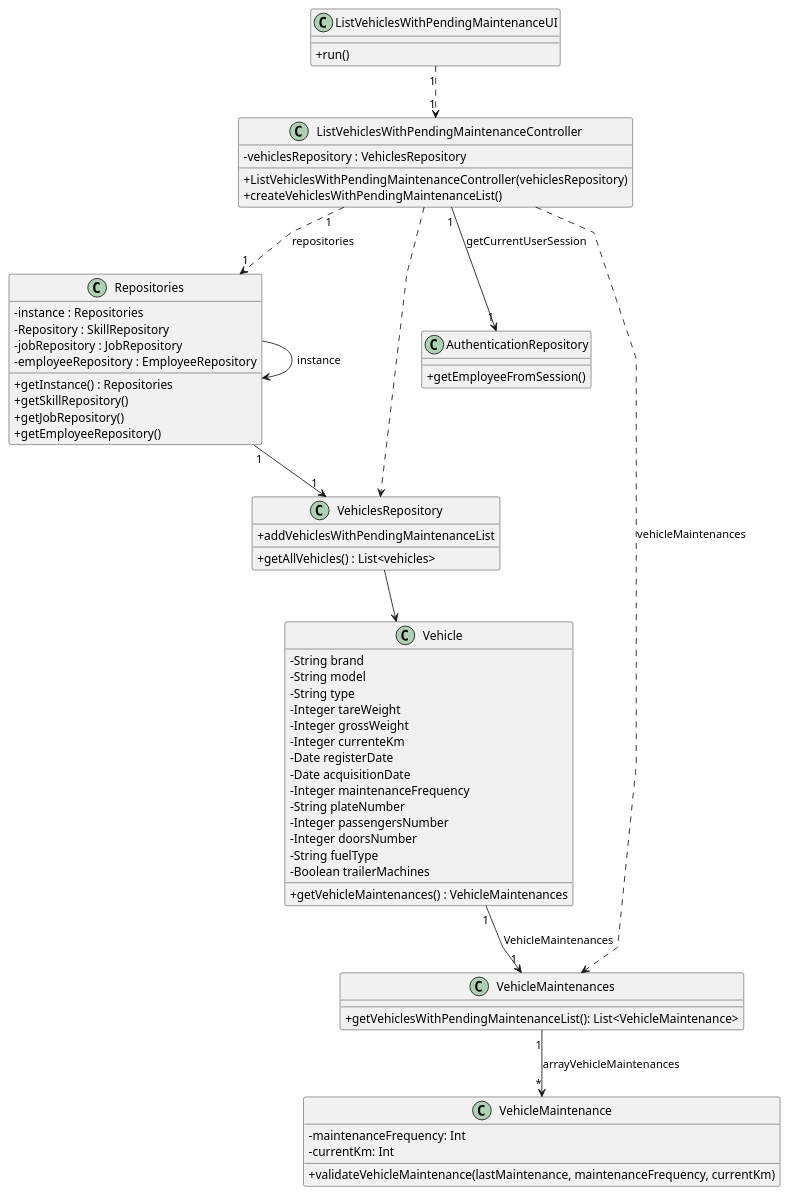
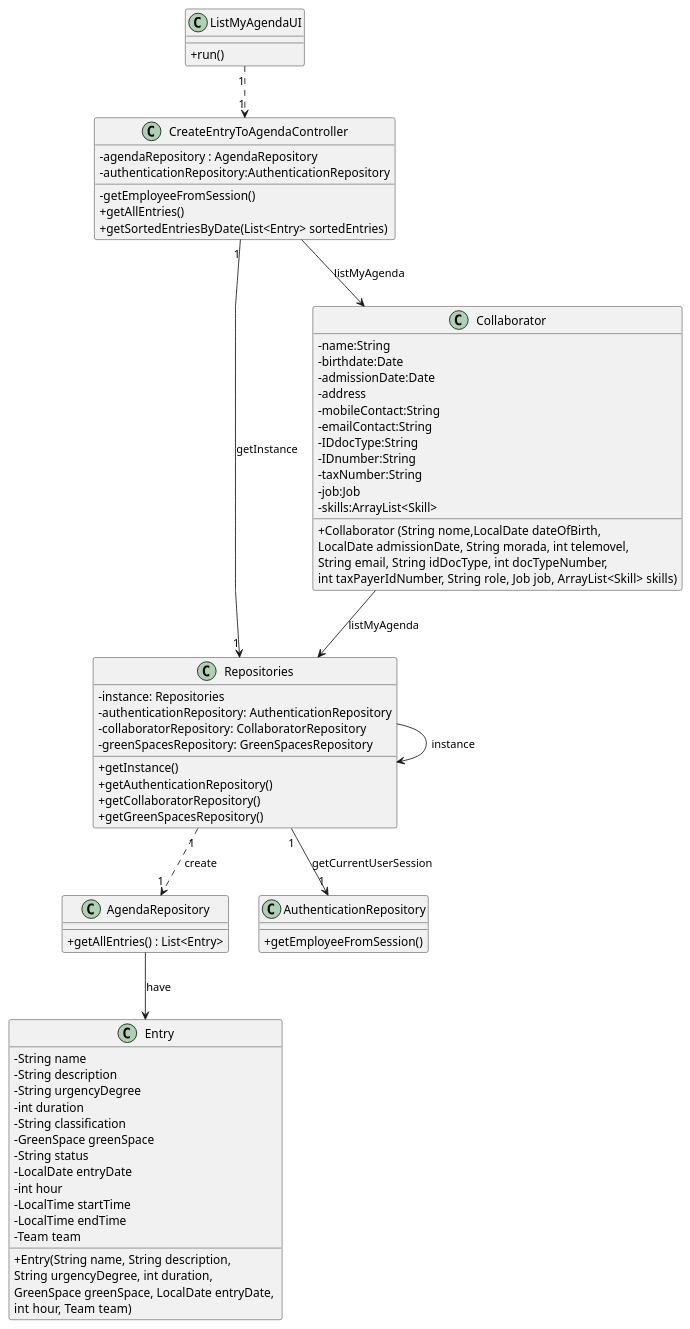
Before and after one commit to Paulo-Pereira-at-ISEP/lei-24-s2-1nanb-g321: the diagram in docs/sprintC/us28/03.design/puml/us28-class-diagram.puml, drawn with PlantUML. The commit also changed 5 other files, not shown here.

```diff
--- a/docs/sprintC/us28/03.design/puml/us28-class-diagram.puml
+++ b/docs/sprintC/us28/03.design/puml/us28-class-diagram.puml
@@ -1,97 +1,92 @@
 @startuml
 'skinparam monochrome true
 skinparam packageStyle rectangle
 skinparam shadowing false
 skinparam linetype polyline
 'skinparam linetype orto
 
 skinparam classAttributeIconSize 0
 
 'left to right direction
 
-class ListVehiclesWithPendingMaintenanceController {
-    -vehiclesRepository : VehiclesRepository
-
-    +ListVehiclesWithPendingMaintenanceController(vehiclesRepository)
-    + createVehiclesWithPendingMaintenanceList()
-
-}
-
-
-class ListVehiclesWithPendingMaintenanceUI {
+class ListMyAgendaUI {
     +run()
 }
 
+class CreateEntryToAgendaController {
+    - agendaRepository : AgendaRepository
+    - authenticationRepository:AuthenticationRepository
+
+    - getEmployeeFromSession()
+    + getAllEntries()
+    + getSortedEntriesByDate(List<Entry> sortedEntries)
+}
+
+class Collaborator{
+    -name:String
+    -birthdate:Date
+    -admissionDate:Date
+    -address
+    -mobileContact:String
+    -emailContact:String
+    -IDdocType:String
+    -IDnumber:String
+    -taxNumber:String
+    -job:Job
+    -skills:ArrayList<Skill>
+
+    +Collaborator (String nome,LocalDate dateOfBirth,\nLocalDate admissionDate, String morada, int telemovel,\nString email, String idDocType, int docTypeNumber,\nint taxPayerIdNumber, String role, Job job, ArrayList<Skill> skills)
+}
 
 class Repositories{
-    - instance : Repositories
-    - Repository : SkillRepository
-    - jobRepository : JobRepository
-    - employeeRepository : EmployeeRepository
+    - instance: Repositories
+    - authenticationRepository: AuthenticationRepository
+    - collaboratorRepository: CollaboratorRepository
+    - greenSpacesRepository: GreenSpacesRepository
 
-
-    + getInstance() : Repositories
-    + getSkillRepository()
-    + getJobRepository()
-    + getEmployeeRepository()
+    + getInstance()
+    + getAuthenticationRepository()
+    + getCollaboratorRepository()
+    + getGreenSpacesRepository()
 }
 
-class VehiclesRepository{
-    +getAllVehicles() : List<vehicles>
-    +addVehiclesWithPendingMaintenanceList
+class AgendaRepository{
+    +getAllEntries() : List<Entry>
 }
 
 class AuthenticationRepository{
     + getEmployeeFromSession()
 }
 
-class Vehicle {
-    - String brand
-    - String model
-    - String type
-    - Integer tareWeight
-    - Integer grossWeight
-    - Integer currenteKm
-    - Date registerDate
-    - Date acquisitionDate
-    - Integer maintenanceFrequency
-    - String plateNumber
-    - Integer passengersNumber
-    - Integer doorsNumber
-    - String fuelType
-    - Boolean trailerMachines
+class Entry {
+    - String name
+    - String description
+    - String urgencyDegree
+    - int duration
+    - String classification
+    - GreenSpace greenSpace
+    - String status
+    - LocalDate entryDate
+    - int hour
+    - LocalTime startTime
+    - LocalTime endTime
+    - Team team
 
-    +getVehicleMaintenances() : VehicleMaintenances
-}
-
-class VehicleMaintenance{
--maintenanceFrequency: Int
--currentKm: Int
-
-+validateVehicleMaintenance(lastMaintenance, maintenanceFrequency, currentKm)
-
-}
-
-class VehicleMaintenances{
-+getVehiclesWithPendingMaintenanceList(): List<VehicleMaintenance>
-
+    + Entry(String name, String description, \nString urgencyDegree, int duration, \nGreenSpace greenSpace, LocalDate entryDate, \nint hour, Team team)
 }
 
 
-ListVehiclesWithPendingMaintenanceUI "1" ..> "1" ListVehiclesWithPendingMaintenanceController
+ListMyAgendaUI "1" ..> "1" CreateEntryToAgendaController
 
-Vehicle "1" --> "1" VehicleMaintenances: VehicleMaintenances
-
-VehicleMaintenances "1" --> "*" VehicleMaintenance: arrayVehicleMaintenances
+CreateEntryToAgendaController "1" --> "1" Repositories : getInstance
+CreateEntryToAgendaController --> Collaborator : listMyAgenda
 
 Repositories -> Repositories : instance
-Repositories "1" --> "1" VehiclesRepository
+Repositories "1" ..> "1" AgendaRepository : create
+Repositories "1" --> "1" AuthenticationRepository : getCurrentUserSession
 
-VehiclesRepository --> Vehicle
+AgendaRepository --> Entry : have
 
-ListVehiclesWithPendingMaintenanceController ..> VehicleMaintenances : vehicleMaintenances
-ListVehiclesWithPendingMaintenanceController ..> VehiclesRepository
-ListVehiclesWithPendingMaintenanceController "1" ..> "1" Repositories : repositories
-ListVehiclesWithPendingMaintenanceController "1" --> "1" AuthenticationRepository : getCurrentUserSession
+Collaborator --> Repositories : listMyAgenda
 
 @enduml
```
